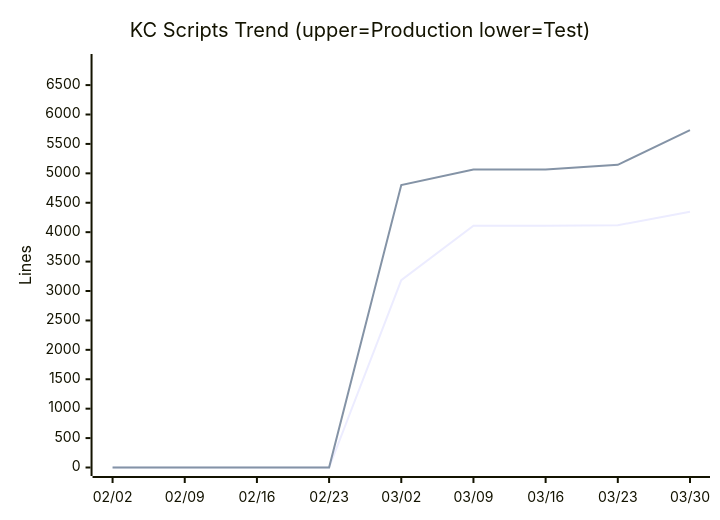
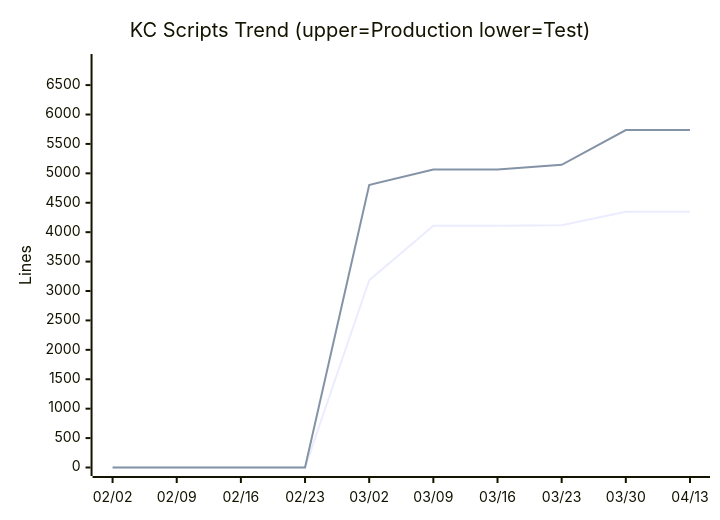
Before and after one commit to nablarch/nabledge-dev: diagram 11 of 14 in docs/metrics.md, drawn with Mermaid. The commit also changed other lines of this file and 2 other files, not shown here.

````diff
--- a/docs/metrics.md
+++ b/docs/metrics.md
@@ -142,8 +142,8 @@
 ```mermaid
 xychart-beta
   title "KC Scripts Trend (upper=Production  lower=Test)"
-  x-axis ["02/02", "02/09", "02/16", "02/23", "03/02", "03/09", "03/16", "03/23", "03/30"]
+  x-axis ["02/02", "02/09", "02/16", "02/23", "03/02", "03/09", "03/16", "03/23", "03/30", "04/13"]
   y-axis "Lines" 0 --> 6884
-  line [0, 0, 0, 0, 3183, 4109, 4109, 4119, 4347]
-  line [0, 0, 0, 0, 4802, 5064, 5064, 5145, 5736]
+  line [0, 0, 0, 0, 3183, 4109, 4109, 4119, 4347, 4347]
+  line [0, 0, 0, 0, 4802, 5064, 5064, 5145, 5736, 5736]
 ```
````
